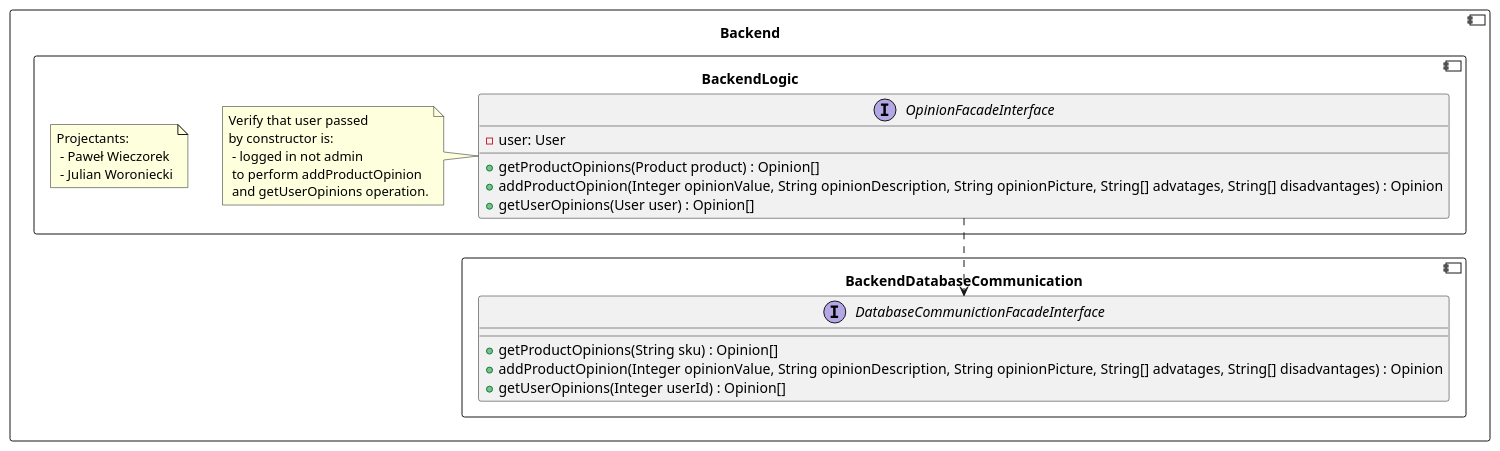
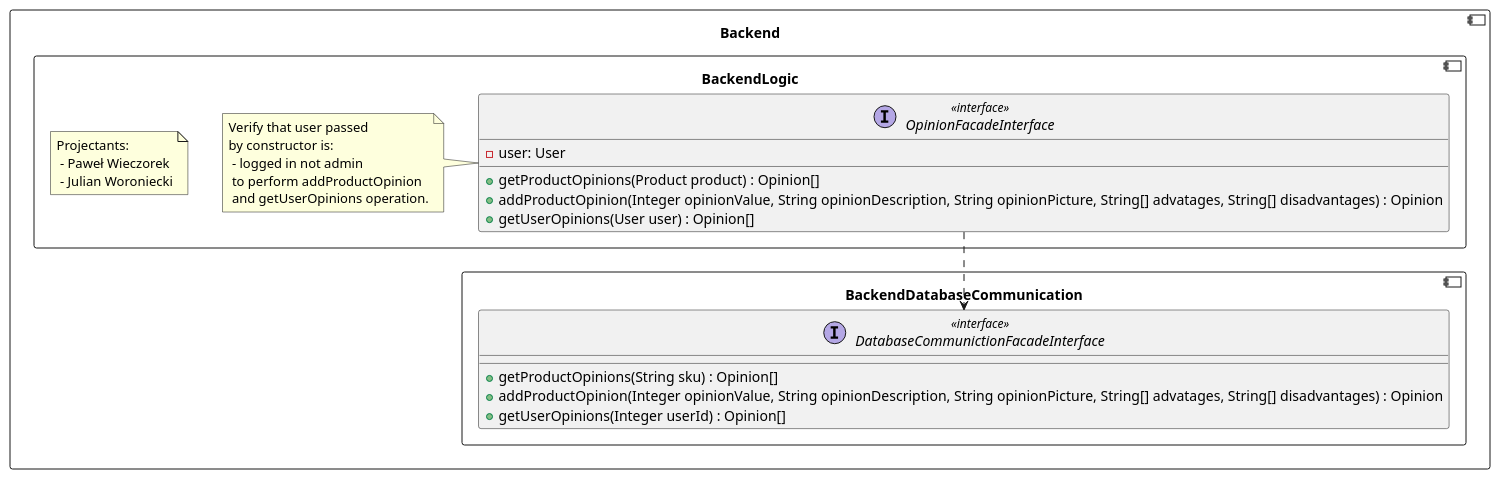
Before and after one commit to RadekBucki/OpinionCollectorArchitecture: the fifth of 5 diagrams in backend/BackendLogic.md, drawn with PlantUML. The commit also changed other lines of this file and 1 other file, not shown here.

````diff
--- a/backend/BackendLogic.md
+++ b/backend/BackendLogic.md
@@ -182,37 +182,37 @@
 ```plantuml
 @startuml
 component Backend {
     component BackendDatabaseCommunication {
-        interface DatabaseCommunictionFacadeInterface {
+        interface DatabaseCommunictionFacadeInterface <<interface>> {
             + getProductOpinions(String sku) : Opinion[]
             + addProductOpinion(Integer opinionValue, String opinionDescription, String opinionPicture, String[] advatages, String[] disadvantages) : Opinion
             + getUserOpinions(Integer userId) : Opinion[]
         }
     }
     
     component BackendLogic {
         note as Authors
             Projectants: 
              - Paweł Wieczorek
              - Julian Woroniecki
         endnote
         
         OpinionFacadeInterface  ..> DatabaseCommunictionFacadeInterface
-        interface OpinionFacadeInterface {
+        interface OpinionFacadeInterface <<interface>> {
             - user: User
             + getProductOpinions(Product product) : Opinion[]
             + addProductOpinion(Integer opinionValue, String opinionDescription, String opinionPicture, String[] advatages, String[] disadvantages) : Opinion
             + getUserOpinions(User user) : Opinion[]
         }
     
         note left of OpinionFacadeInterface
             Verify that user passed
             by constructor is:
              - logged in not admin
              to perform addProductOpinion
              and getUserOpinions operation.
         endnote
     }
 }
 @enduml 
 ```
````
